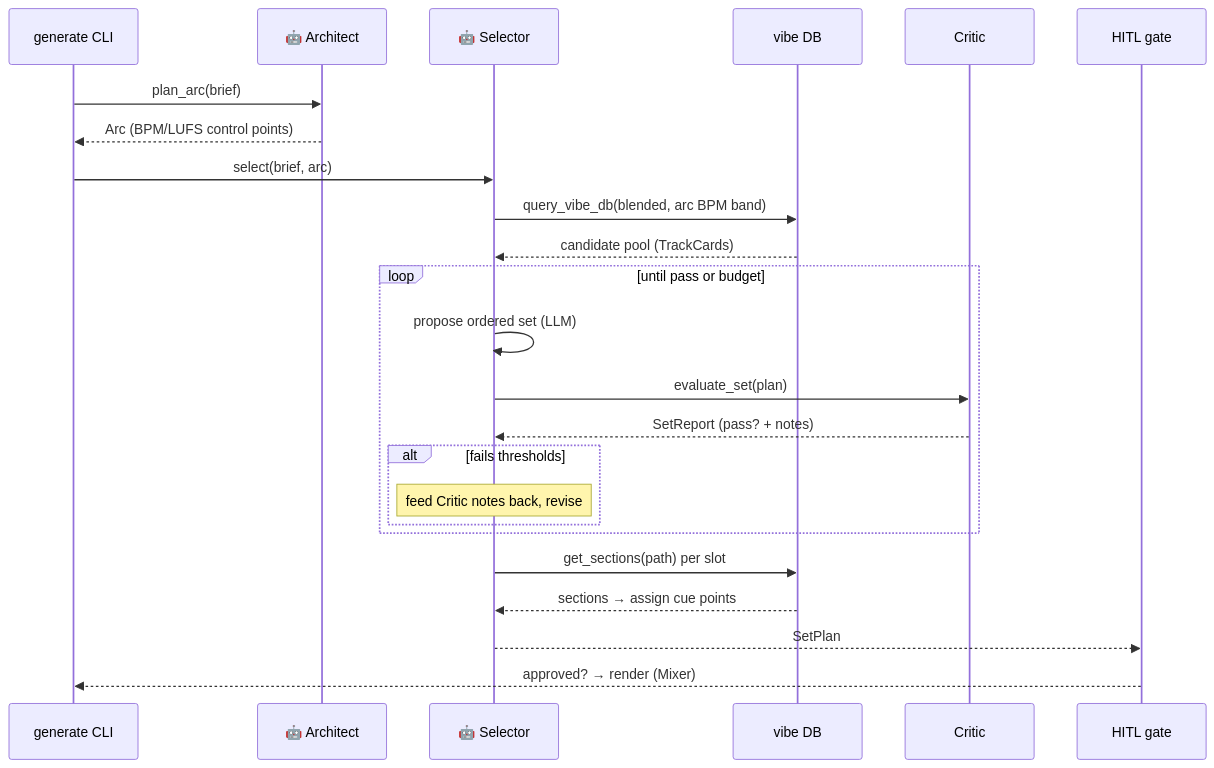
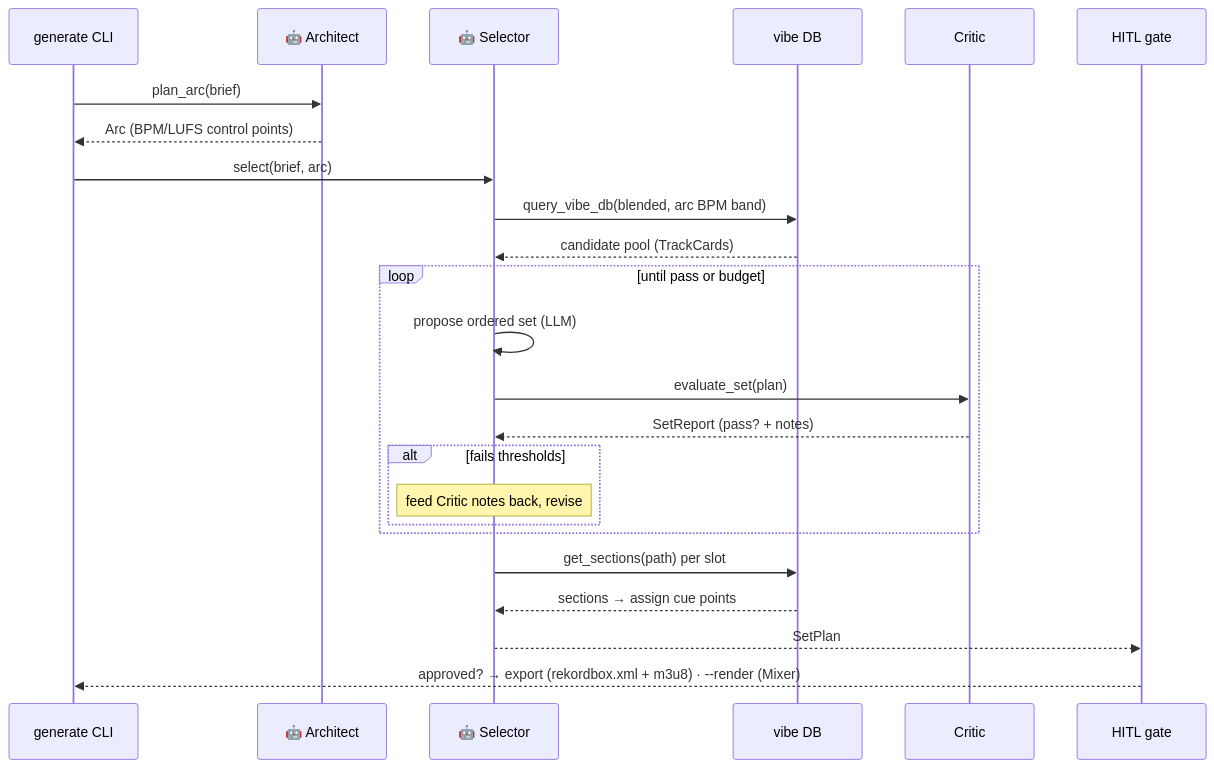
One commit to geogoesbeepboop/dj-agent changed the fifth of 5 diagrams in docs/architecture.md. Above: the diagram before and after it, drawn with Mermaid. The commit also changed other lines of this file and 46 other files, not shown here.

````diff
--- a/docs/architecture.md
+++ b/docs/architecture.md
@@ -201,27 +222,27 @@
 ```mermaid
 sequenceDiagram
     participant U as generate CLI
     participant Arch as 🤖 Architect
     participant Sel as 🤖 Selector
     participant DB as vibe DB
     participant Crit as Critic
     participant H as HITL gate
 
     U->>Arch: plan_arc(brief)
     Arch-->>U: Arc (BPM/LUFS control points)
     U->>Sel: select(brief, arc)
     Sel->>DB: query_vibe_db(blended, arc BPM band)
     DB-->>Sel: candidate pool (TrackCards)
     loop until pass or budget
         Sel->>Sel: propose ordered set (LLM)
         Sel->>Crit: evaluate_set(plan)
         Crit-->>Sel: SetReport (pass? + notes)
         alt fails thresholds
             Note over Sel: feed Critic notes back, revise
         end
     end
     Sel->>DB: get_sections(path) per slot
     DB-->>Sel: sections → assign cue points
     Sel-->>H: SetPlan
-    H-->>U: approved? → render (Mixer)
+    H-->>U: approved? → export (rekordbox.xml + m3u8) · --render (Mixer)
 ```
````
